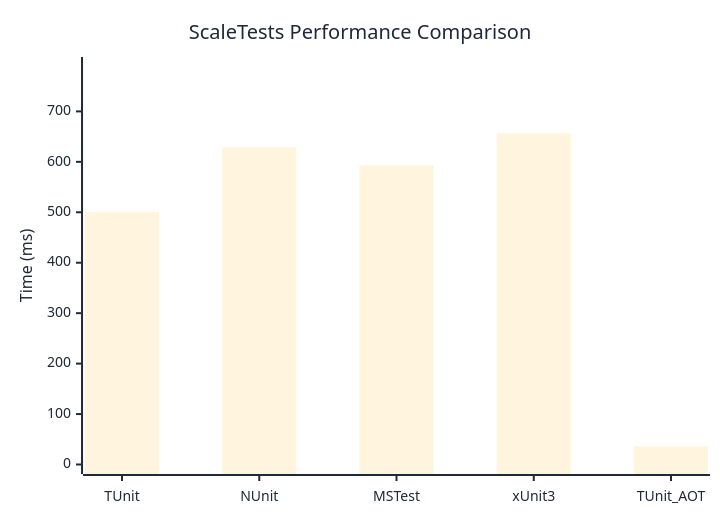
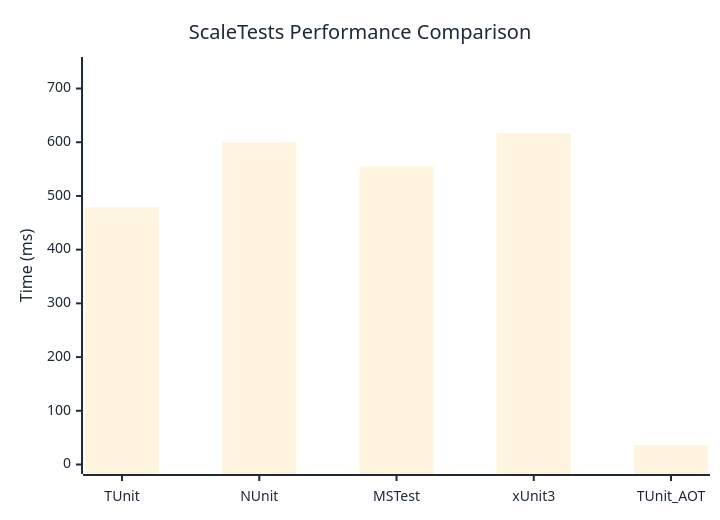
One commit to thomhurst/TUnit changed the diagram in docs/docs/benchmarks/ScaleTests.md. Above: the diagram before and after it, drawn with Mermaid. The commit also changed other lines of this file and 17 other files, not shown here.

````diff
--- a/docs/docs/benchmarks/ScaleTests.md
+++ b/docs/docs/benchmarks/ScaleTests.md
@@ -27,37 +27,37 @@
 ```mermaid
 %%{init: {
   'theme':'base',
   'themeVariables': {
     'primaryColor': '#2563eb',
     'primaryTextColor': '#1f2937',
     'primaryBorderColor': '#1e40af',
     'lineColor': '#6b7280',
     'secondaryColor': '#7c3aed',
     'tertiaryColor': '#dc2626',
     'background': '#ffffff',
     'mainBkg': '#2563eb',
     'secondBkg': '#7c3aed',
     'tertiaryBkg': '#dc2626',
     'clusterBkg': '#f3f4f6',
     'edgeLabelBackground': '#ffffff',
     'tertiaryTextColor': '#1f2937',
     'pie1': '#2563eb',
     'pie2': '#7c3aed',
     'pie3': '#dc2626',
     'pie4': '#f59e0b',
     'pie5': '#10b981',
     'pie6': '#06b6d4',
     'pie7': '#ec4899',
     'pie8': '#6366f1',
     'pie9': '#84cc16',
     'pie10': '#f97316',
     'pie11': '#14b8a6',
     'pie12': '#a855f7'
   }
 }}%%
 xychart-beta
   title "ScaleTests Performance Comparison"
   x-axis ["TUnit", "NUnit", "MSTest", "xUnit3", "TUnit_AOT"]
-  y-axis "Time (ms)" 0 --> 789
-  bar [500.75, 628.64, 592.78, 656.79, 35.81]
+  y-axis "Time (ms)" 0 --> 741
+  bar [478.67, 599.59, 554.75, 616.81, 35.96]
 ```
````
